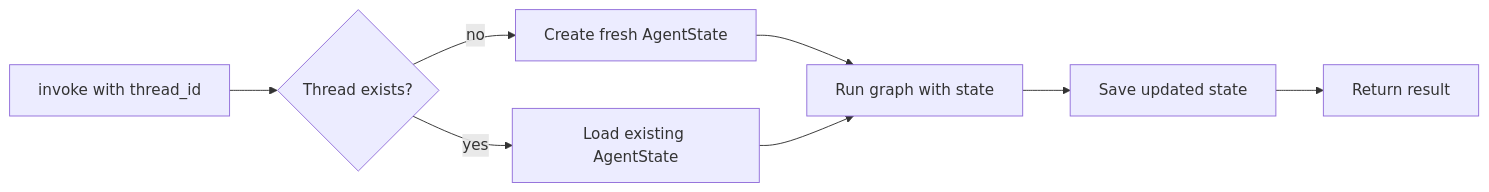
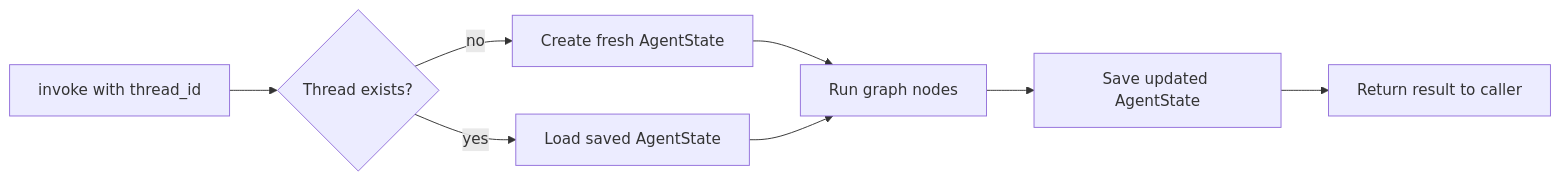
The diagram in docs/concepts/checkpointing-and-threads.md (10xHub/agentflow-docs), drawn with Mermaid before and after one commit. The commit also changed other lines of this file and 8 other files, not shown here.

````diff
--- a/docs/concepts/checkpointing-and-threads.md
+++ b/docs/concepts/checkpointing-and-threads.md
@@ -64,10 +25,10 @@
 ```mermaid
 flowchart LR
   NewCall[invoke with thread_id] --> Check{Thread exists?}
   Check -->|no| CreateState[Create fresh AgentState]
-  Check -->|yes| LoadState[Load existing AgentState]
-  CreateState --> RunGraph[Run graph with state]
+  Check -->|yes| LoadState[Load saved AgentState]
+  CreateState --> RunGraph[Run graph nodes]
   LoadState --> RunGraph
-  RunGraph --> SaveState[Save updated state]
-  SaveState --> Return[Return result]
+  RunGraph --> SaveState[Save updated AgentState]
+  SaveState --> Return[Return result to caller]
 ```
````
